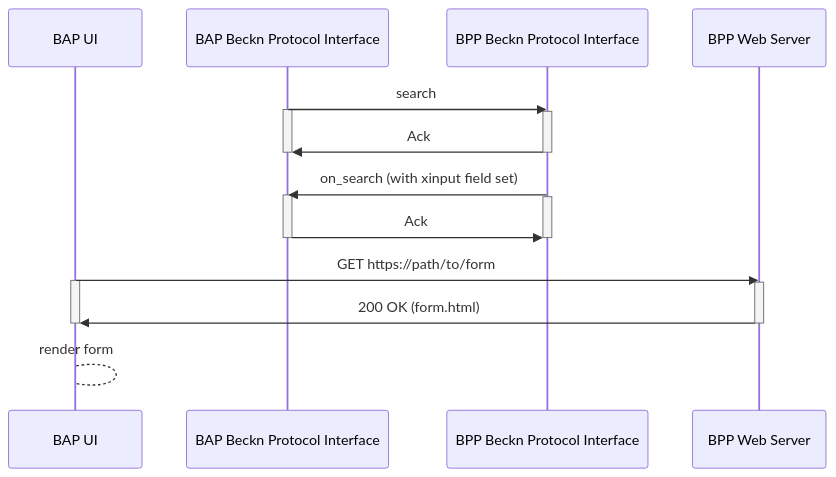
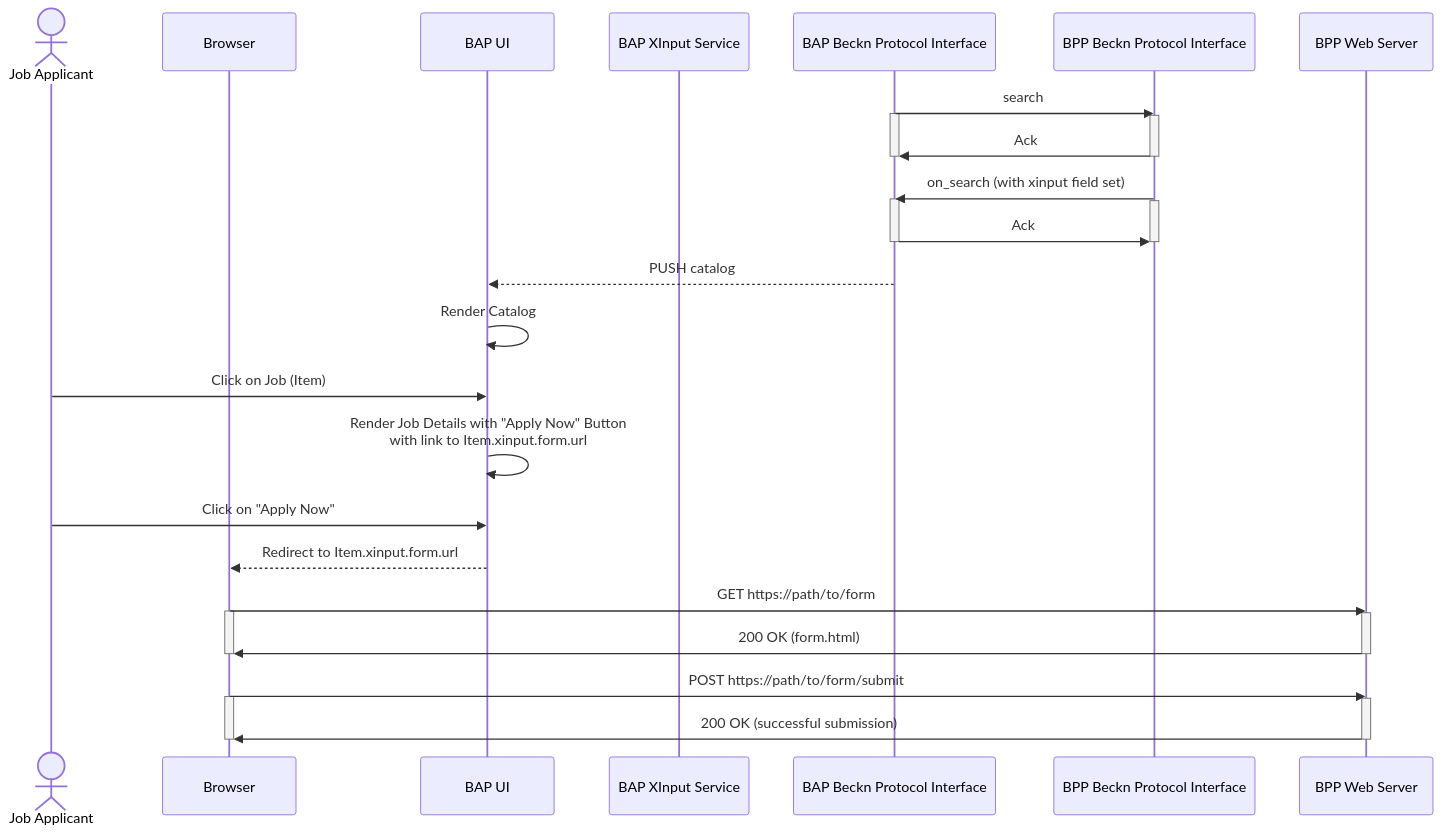
Before and after one commit to beckn/protocol-specifications: the first of 2 diagrams in docs/BECKN-007-The-XInput-Schema.md, drawn with Mermaid. The commit also changed other lines of this file, not shown here.

````diff
--- a/docs/BECKN-007-The-XInput-Schema.md
+++ b/docs/BECKN-007-The-XInput-Schema.md
@@ -217,26 +218,39 @@
 ```mermaid
     sequenceDiagram
+    actor Job Applicant
+    participant Browser
     participant BAP UI
+    participant BAP XInput Service
     participant BAP Beckn Protocol Interface
     participant BPP Beckn Protocol Interface
-    participant BPP Web Server
     BAP Beckn Protocol Interface->>BPP Beckn Protocol Interface: search
     activate BAP Beckn Protocol Interface
     activate BPP Beckn Protocol Interface
     BPP Beckn Protocol Interface->>BAP Beckn Protocol Interface: Ack
     deactivate BPP Beckn Protocol Interface
     deactivate BAP Beckn Protocol Interface
     BPP Beckn Protocol Interface->>BAP Beckn Protocol Interface: on_search (with xinput field set)
     activate BAP Beckn Protocol Interface
     activate BPP Beckn Protocol Interface
     BAP Beckn Protocol Interface->>BPP Beckn Protocol Interface: Ack
     deactivate BPP Beckn Protocol Interface
-    deactivate BAP Beckn Protocol Interface 
-    BAP UI ->> BPP Web Server: GET https://path/to/form
-    activate BAP UI
+    deactivate BAP Beckn Protocol Interface
+    BAP Beckn Protocol Interface -->> BAP UI: PUSH catalog
+    BAP UI ->> BAP UI: Render Catalog
+    Job Applicant ->> BAP UI: Click on Job (Item)
+    BAP UI ->> BAP UI: Render Job Details with "Apply Now" Button <br/> with link to Item.xinput.form.url
+    Job Applicant ->> BAP UI: Click on "Apply Now"
+    BAP UI -->> Browser: Redirect to Item.xinput.form.url
+    Browser ->> BPP Web Server: GET https://path/to/form
+    activate Browser
     activate BPP Web Server
-    BPP Web Server ->> BAP UI: 200 OK (form.html)
-    deactivate BAP UI
+    BPP Web Server ->> Browser: 200 OK (form.html)
+    deactivate Browser
     deactivate BPP Web Server
-    BAP UI --> BAP UI: render form
+    Browser ->> BPP Web Server: POST https://path/to/form/submit
+    activate Browser
+    activate BPP Web Server
+    BPP Web Server ->> Browser: 200 OK (successful submission)
+    deactivate Browser
+    deactivate BPP Web Server
 ```
````
